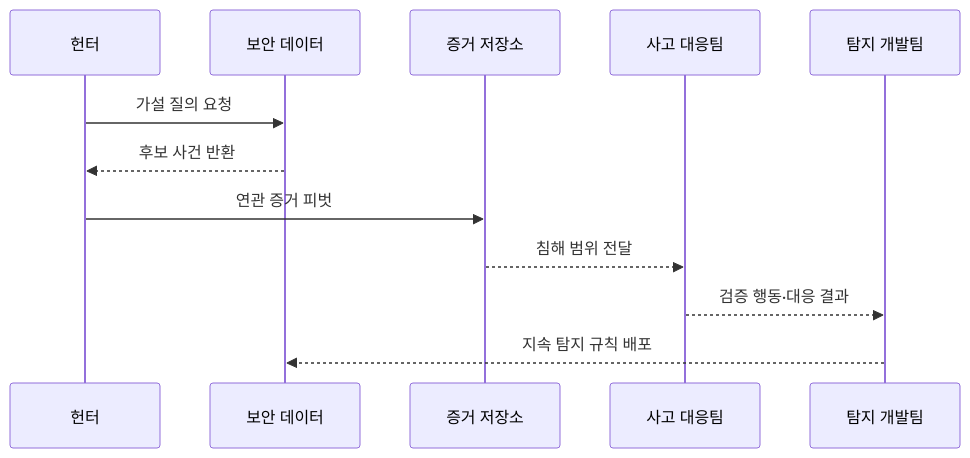
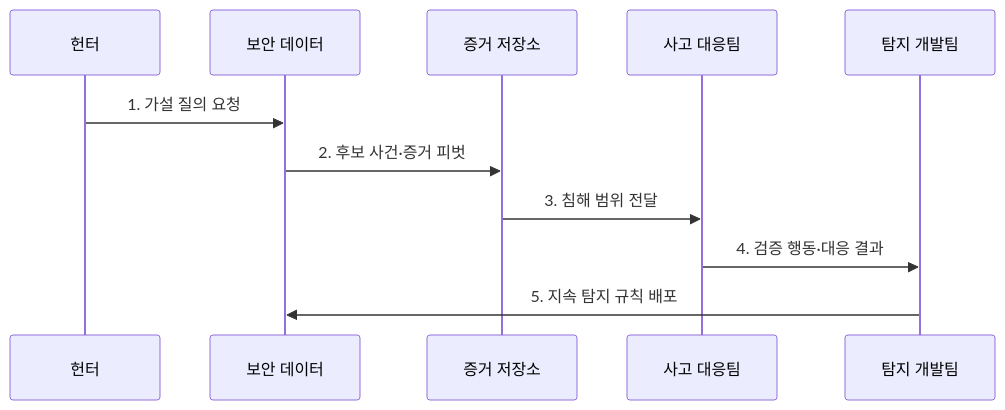
One commit to agnusdei1207/knowledge-base changed the second of 2 diagrams in src/content/docs/notes/05-security/030_threat_hunting.md. Above: the diagram before and after it, drawn with Mermaid. The commit also changed other lines of this file and 11 other files, not shown here.

````diff
--- a/src/content/docs/notes/05-security/030_threat_hunting.md
+++ b/src/content/docs/notes/05-security/030_threat_hunting.md
@@ -83,14 +83,13 @@
 ```mermaid
 sequenceDiagram
     participant H as 헌터
     participant D as 보안 데이터
     participant E as 증거 저장소
     participant I as 사고 대응팀
     participant A as 탐지 개발팀
-    H->>D: 가설 질의 요청
-    D-->>H: 후보 사건 반환
-    H->>E: 연관 증거 피벗
-    E-->>I: 침해 범위 전달
-    I-->>A: 검증 행동·대응 결과
-    A-->>D: 지속 탐지 규칙 배포
+    H->>D: 1. 가설 질의 요청
+    D->>E: 2. 후보 사건·증거 피벗
+    E->>I: 3. 침해 범위 전달
+    I->>A: 4. 검증 행동·대응 결과
+    A->>D: 5. 지속 탐지 규칙 배포
 ```
````
